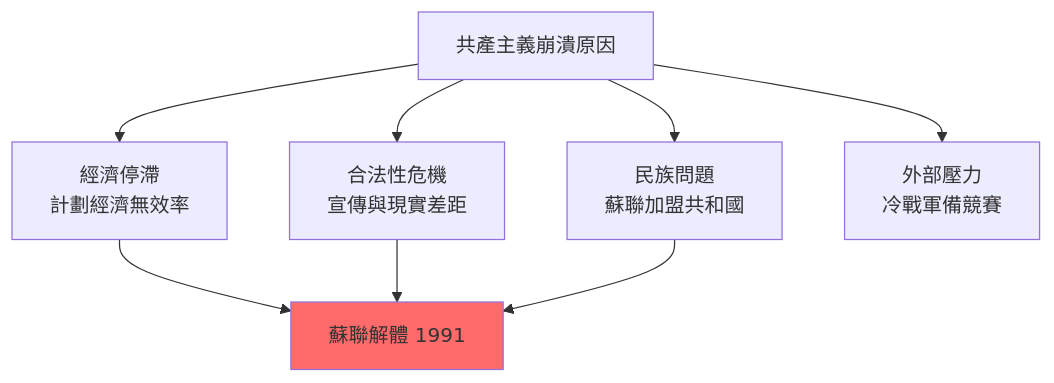
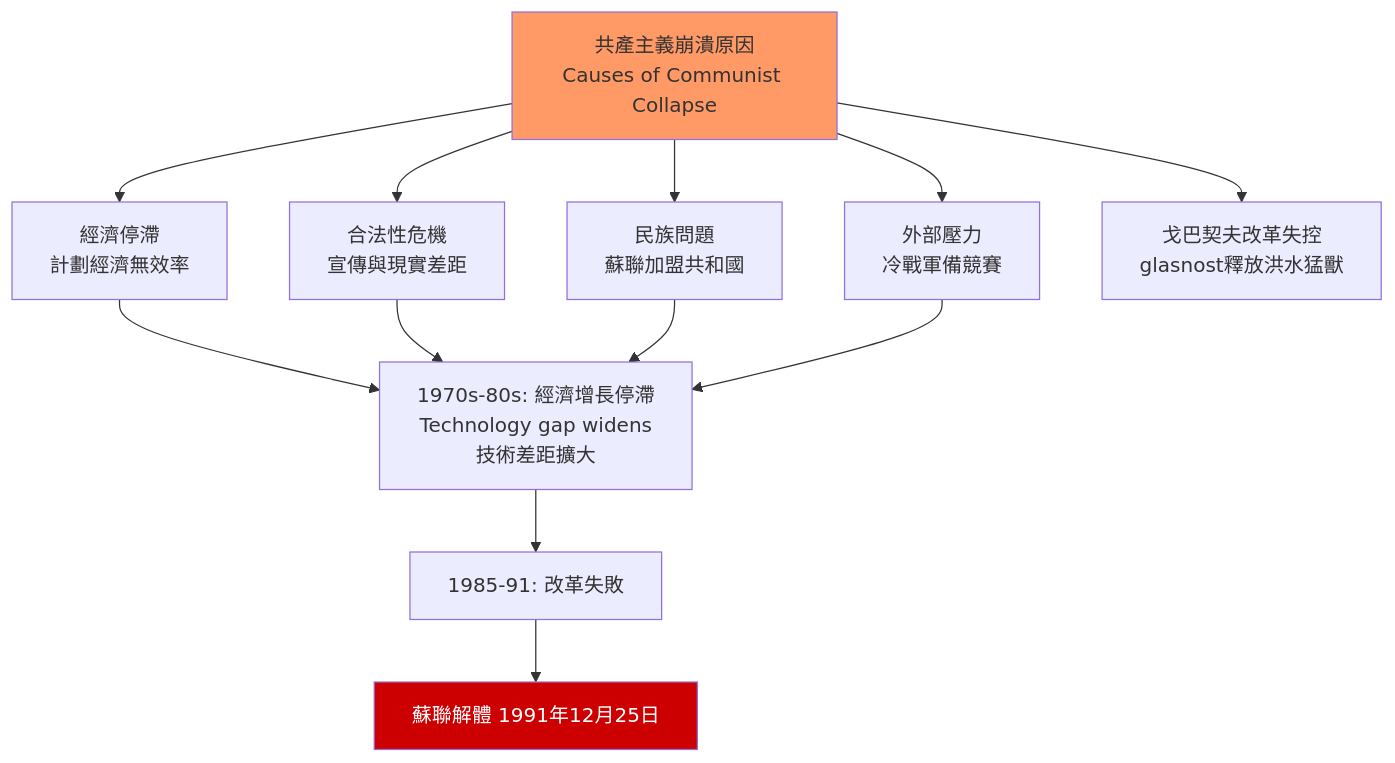
The first of 10 diagrams in 01_HKU_Courses/HIST2152_Late_socialism_and_1989.md (yip-lgtm/HKU-Harvard-History-Self-Study), drawn with Mermaid before and after one commit. The commit also changed other lines of this file and 22 other files, not shown here.

````diff
--- a/01_HKU_Courses/HIST2152_Late_socialism_and_1989.md
+++ b/01_HKU_Courses/HIST2152_Late_socialism_and_1989.md
@@ -84,11 +156,19 @@
 ```mermaid
 graph TD
-    A["共產主義崩潰原因"] --> B["經濟停滯<br/>計劃經濟無效率"]
-    A --> C["合法性危機<br/>宣傳與現實差距"]
-    A --> D["民族問題<br/>蘇聯加盟共和國"]
-    A --> E["外部壓力<br/>冷戰軍備競賽"]
-    B --> F["蘇聯解體 1991"]
-    C --> F
-    D --> F
-    style F fill:#FF6B6B
+    A[共產主義崩潰原因<br/>Causes of Communist Collapse] --> B[經濟停滯<br/>計劃經濟無效率]
+    A --> C[合法性危機<br/>宣傳與現實差距]
+    A --> D[民族問題<br/>蘇聯加盟共和國]
+    A --> E[外部壓力<br/>冷戰軍備競賽]
+    A --> F[戈巴契夫改革失控<br/>glasnost釋放洪水猛獸]
+    
+    B --> G[1970s-80s: 經濟增長停滯<br/>Technology gap widens<br/>技術差距擴大]
+    C --> G
+    D --> G
+    E --> G
+    
+    G --> H[1985-91: 改革失敗]
+    H --> I[蘇聯解體 1991年12月25日]
+    
+    style I fill:#c00,color:#fff
+    style A fill:#f96
 ```
````
